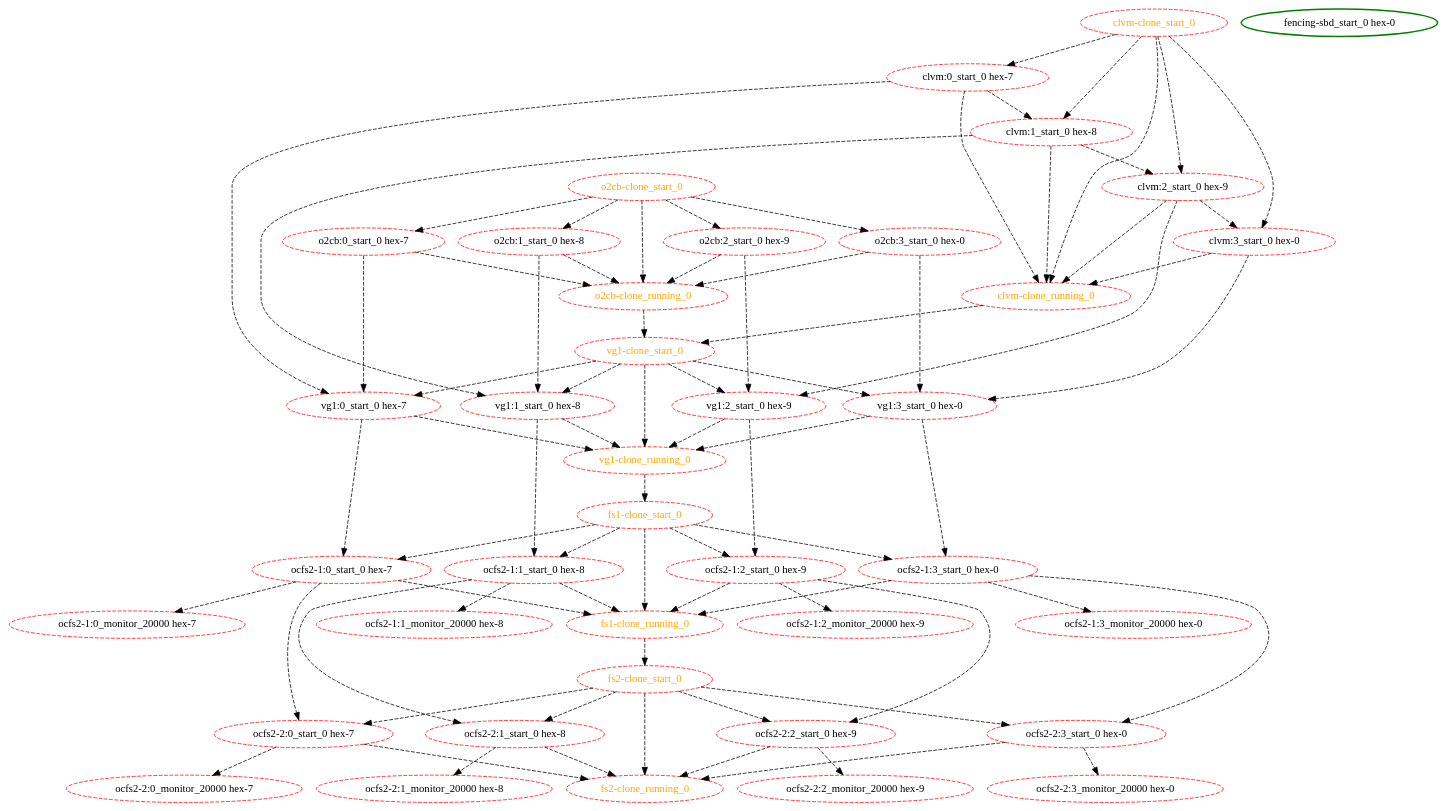
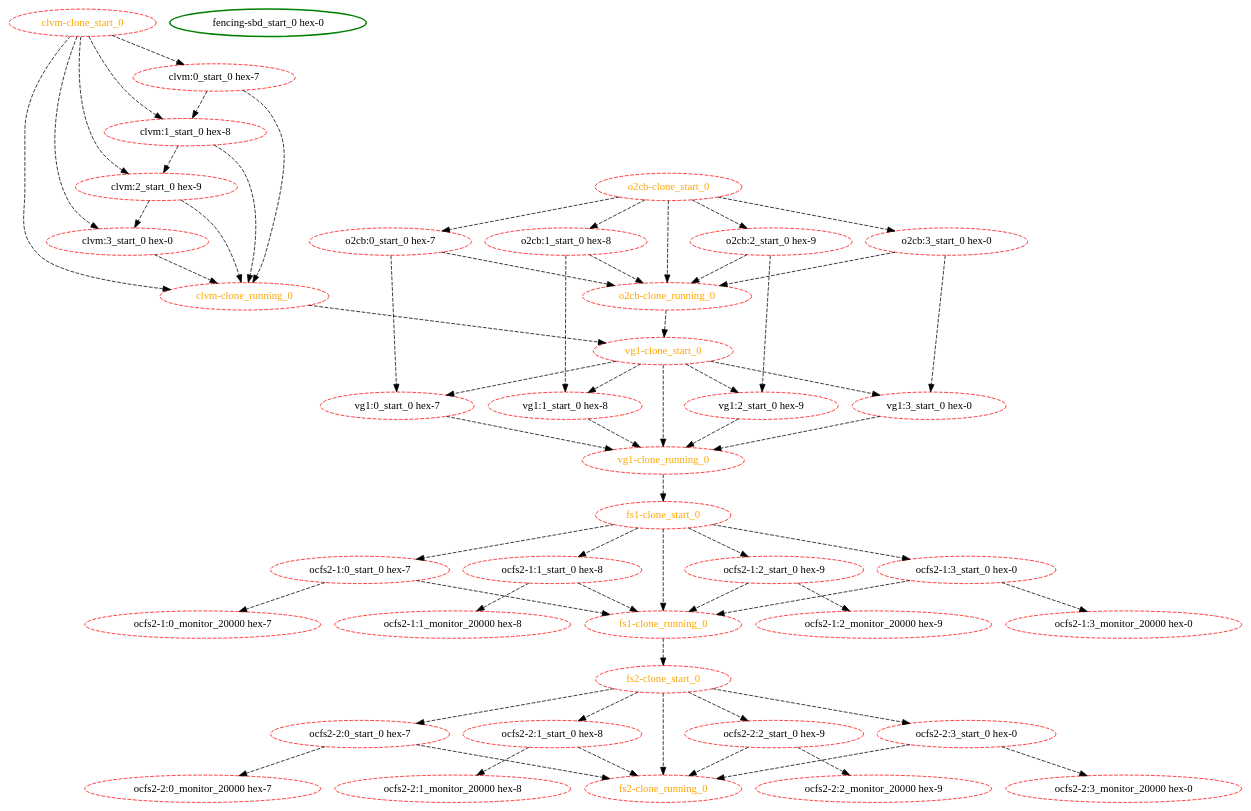
One commit to ClusterLabs/pacemaker changed the diagram in pengine/test10/order-clone.dot. Above: the diagram before and after it, drawn with Graphviz. The commit also changed 10 other files, not shown here.

```diff
--- a/pengine/test10/order-clone.dot
+++ b/pengine/test10/order-clone.dot
@@ -1,117 +1,105 @@
 digraph "g" {
 "clvm-clone_running_0" -> "vg1-clone_start_0" [ style = dashed]
 "clvm-clone_running_0" [ style=dashed color="red" fontcolor="orange" ]
 "clvm-clone_start_0" -> "clvm-clone_running_0" [ style = dashed]
 "clvm-clone_start_0" -> "clvm:0_start_0 hex-7" [ style = dashed]
 "clvm-clone_start_0" -> "clvm:1_start_0 hex-8" [ style = dashed]
 "clvm-clone_start_0" -> "clvm:2_start_0 hex-9" [ style = dashed]
 "clvm-clone_start_0" -> "clvm:3_start_0 hex-0" [ style = dashed]
 "clvm-clone_start_0" [ style=dashed color="red" fontcolor="orange" ]
 "clvm:0_start_0 hex-7" -> "clvm-clone_running_0" [ style = dashed]
 "clvm:0_start_0 hex-7" -> "clvm:1_start_0 hex-8" [ style = dashed]
-"clvm:0_start_0 hex-7" -> "vg1:0_start_0 hex-7" [ style = dashed]
 "clvm:0_start_0 hex-7" [ style=dashed color="red" fontcolor="black" ]
 "clvm:1_start_0 hex-8" -> "clvm-clone_running_0" [ style = dashed]
 "clvm:1_start_0 hex-8" -> "clvm:2_start_0 hex-9" [ style = dashed]
-"clvm:1_start_0 hex-8" -> "vg1:1_start_0 hex-8" [ style = dashed]
 "clvm:1_start_0 hex-8" [ style=dashed color="red" fontcolor="black" ]
 "clvm:2_start_0 hex-9" -> "clvm-clone_running_0" [ style = dashed]
 "clvm:2_start_0 hex-9" -> "clvm:3_start_0 hex-0" [ style = dashed]
-"clvm:2_start_0 hex-9" -> "vg1:2_start_0 hex-9" [ style = dashed]
 "clvm:2_start_0 hex-9" [ style=dashed color="red" fontcolor="black" ]
 "clvm:3_start_0 hex-0" -> "clvm-clone_running_0" [ style = dashed]
-"clvm:3_start_0 hex-0" -> "vg1:3_start_0 hex-0" [ style = dashed]
 "clvm:3_start_0 hex-0" [ style=dashed color="red" fontcolor="black" ]
 "fencing-sbd_start_0 hex-0" [ style=bold color="green" fontcolor="black" ]
 "fs1-clone_running_0" -> "fs2-clone_start_0" [ style = dashed]
 "fs1-clone_running_0" [ style=dashed color="red" fontcolor="orange" ]
 "fs1-clone_start_0" -> "fs1-clone_running_0" [ style = dashed]
 "fs1-clone_start_0" -> "ocfs2-1:0_start_0 hex-7" [ style = dashed]
 "fs1-clone_start_0" -> "ocfs2-1:1_start_0 hex-8" [ style = dashed]
 "fs1-clone_start_0" -> "ocfs2-1:2_start_0 hex-9" [ style = dashed]
 "fs1-clone_start_0" -> "ocfs2-1:3_start_0 hex-0" [ style = dashed]
 "fs1-clone_start_0" [ style=dashed color="red" fontcolor="orange" ]
 "fs2-clone_running_0" [ style=dashed color="red" fontcolor="orange" ]
 "fs2-clone_start_0" -> "fs2-clone_running_0" [ style = dashed]
 "fs2-clone_start_0" -> "ocfs2-2:0_start_0 hex-7" [ style = dashed]
 "fs2-clone_start_0" -> "ocfs2-2:1_start_0 hex-8" [ style = dashed]
 "fs2-clone_start_0" -> "ocfs2-2:2_start_0 hex-9" [ style = dashed]
 "fs2-clone_start_0" -> "ocfs2-2:3_start_0 hex-0" [ style = dashed]
 "fs2-clone_start_0" [ style=dashed color="red" fontcolor="orange" ]
 "o2cb-clone_running_0" -> "vg1-clone_start_0" [ style = dashed]
 "o2cb-clone_running_0" [ style=dashed color="red" fontcolor="orange" ]
 "o2cb-clone_start_0" -> "o2cb-clone_running_0" [ style = dashed]
 "o2cb-clone_start_0" -> "o2cb:0_start_0 hex-7" [ style = dashed]
 "o2cb-clone_start_0" -> "o2cb:1_start_0 hex-8" [ style = dashed]
 "o2cb-clone_start_0" -> "o2cb:2_start_0 hex-9" [ style = dashed]
 "o2cb-clone_start_0" -> "o2cb:3_start_0 hex-0" [ style = dashed]
 "o2cb-clone_start_0" [ style=dashed color="red" fontcolor="orange" ]
 "o2cb:0_start_0 hex-7" -> "o2cb-clone_running_0" [ style = dashed]
 "o2cb:0_start_0 hex-7" -> "vg1:0_start_0 hex-7" [ style = dashed]
 "o2cb:0_start_0 hex-7" [ style=dashed color="red" fontcolor="black" ]
 "o2cb:1_start_0 hex-8" -> "o2cb-clone_running_0" [ style = dashed]
 "o2cb:1_start_0 hex-8" -> "vg1:1_start_0 hex-8" [ style = dashed]
 "o2cb:1_start_0 hex-8" [ style=dashed color="red" fontcolor="black" ]
 "o2cb:2_start_0 hex-9" -> "o2cb-clone_running_0" [ style = dashed]
 "o2cb:2_start_0 hex-9" -> "vg1:2_start_0 hex-9" [ style = dashed]
 "o2cb:2_start_0 hex-9" [ style=dashed color="red" fontcolor="black" ]
 "o2cb:3_start_0 hex-0" -> "o2cb-clone_running_0" [ style = dashed]
 "o2cb:3_start_0 hex-0" -> "vg1:3_start_0 hex-0" [ style = dashed]
 "o2cb:3_start_0 hex-0" [ style=dashed color="red" fontcolor="black" ]
 "ocfs2-1:0_monitor_20000 hex-7" [ style=dashed color="red" fontcolor="black" ]
 "ocfs2-1:0_start_0 hex-7" -> "fs1-clone_running_0" [ style = dashed]
 "ocfs2-1:0_start_0 hex-7" -> "ocfs2-1:0_monitor_20000 hex-7" [ style = dashed]
-"ocfs2-1:0_start_0 hex-7" -> "ocfs2-2:0_start_0 hex-7" [ style = dashed]
 "ocfs2-1:0_start_0 hex-7" [ style=dashed color="red" fontcolor="black" ]
 "ocfs2-1:1_monitor_20000 hex-8" [ style=dashed color="red" fontcolor="black" ]
 "ocfs2-1:1_start_0 hex-8" -> "fs1-clone_running_0" [ style = dashed]
 "ocfs2-1:1_start_0 hex-8" -> "ocfs2-1:1_monitor_20000 hex-8" [ style = dashed]
-"ocfs2-1:1_start_0 hex-8" -> "ocfs2-2:1_start_0 hex-8" [ style = dashed]
 "ocfs2-1:1_start_0 hex-8" [ style=dashed color="red" fontcolor="black" ]
 "ocfs2-1:2_monitor_20000 hex-9" [ style=dashed color="red" fontcolor="black" ]
 "ocfs2-1:2_start_0 hex-9" -> "fs1-clone_running_0" [ style = dashed]
 "ocfs2-1:2_start_0 hex-9" -> "ocfs2-1:2_monitor_20000 hex-9" [ style = dashed]
-"ocfs2-1:2_start_0 hex-9" -> "ocfs2-2:2_start_0 hex-9" [ style = dashed]
 "ocfs2-1:2_start_0 hex-9" [ style=dashed color="red" fontcolor="black" ]
 "ocfs2-1:3_monitor_20000 hex-0" [ style=dashed color="red" fontcolor="black" ]
 "ocfs2-1:3_start_0 hex-0" -> "fs1-clone_running_0" [ style = dashed]
 "ocfs2-1:3_start_0 hex-0" -> "ocfs2-1:3_monitor_20000 hex-0" [ style = dashed]
-"ocfs2-1:3_start_0 hex-0" -> "ocfs2-2:3_start_0 hex-0" [ style = dashed]
 "ocfs2-1:3_start_0 hex-0" [ style=dashed color="red" fontcolor="black" ]
 "ocfs2-2:0_monitor_20000 hex-7" [ style=dashed color="red" fontcolor="black" ]
 "ocfs2-2:0_start_0 hex-7" -> "fs2-clone_running_0" [ style = dashed]
 "ocfs2-2:0_start_0 hex-7" -> "ocfs2-2:0_monitor_20000 hex-7" [ style = dashed]
 "ocfs2-2:0_start_0 hex-7" [ style=dashed color="red" fontcolor="black" ]
 "ocfs2-2:1_monitor_20000 hex-8" [ style=dashed color="red" fontcolor="black" ]
 "ocfs2-2:1_start_0 hex-8" -> "fs2-clone_running_0" [ style = dashed]
 "ocfs2-2:1_start_0 hex-8" -> "ocfs2-2:1_monitor_20000 hex-8" [ style = dashed]
 "ocfs2-2:1_start_0 hex-8" [ style=dashed color="red" fontcolor="black" ]
 "ocfs2-2:2_monitor_20000 hex-9" [ style=dashed color="red" fontcolor="black" ]
 "ocfs2-2:2_start_0 hex-9" -> "fs2-clone_running_0" [ style = dashed]
 "ocfs2-2:2_start_0 hex-9" -> "ocfs2-2:2_monitor_20000 hex-9" [ style = dashed]
 "ocfs2-2:2_start_0 hex-9" [ style=dashed color="red" fontcolor="black" ]
 "ocfs2-2:3_monitor_20000 hex-0" [ style=dashed color="red" fontcolor="black" ]
 "ocfs2-2:3_start_0 hex-0" -> "fs2-clone_running_0" [ style = dashed]
 "ocfs2-2:3_start_0 hex-0" -> "ocfs2-2:3_monitor_20000 hex-0" [ style = dashed]
 "ocfs2-2:3_start_0 hex-0" [ style=dashed color="red" fontcolor="black" ]
 "vg1-clone_running_0" -> "fs1-clone_start_0" [ style = dashed]
 "vg1-clone_running_0" [ style=dashed color="red" fontcolor="orange" ]
 "vg1-clone_start_0" -> "vg1-clone_running_0" [ style = dashed]
 "vg1-clone_start_0" -> "vg1:0_start_0 hex-7" [ style = dashed]
 "vg1-clone_start_0" -> "vg1:1_start_0 hex-8" [ style = dashed]
 "vg1-clone_start_0" -> "vg1:2_start_0 hex-9" [ style = dashed]
 "vg1-clone_start_0" -> "vg1:3_start_0 hex-0" [ style = dashed]
 "vg1-clone_start_0" [ style=dashed color="red" fontcolor="orange" ]
-"vg1:0_start_0 hex-7" -> "ocfs2-1:0_start_0 hex-7" [ style = dashed]
 "vg1:0_start_0 hex-7" -> "vg1-clone_running_0" [ style = dashed]
 "vg1:0_start_0 hex-7" [ style=dashed color="red" fontcolor="black" ]
-"vg1:1_start_0 hex-8" -> "ocfs2-1:1_start_0 hex-8" [ style = dashed]
 "vg1:1_start_0 hex-8" -> "vg1-clone_running_0" [ style = dashed]
 "vg1:1_start_0 hex-8" [ style=dashed color="red" fontcolor="black" ]
-"vg1:2_start_0 hex-9" -> "ocfs2-1:2_start_0 hex-9" [ style = dashed]
 "vg1:2_start_0 hex-9" -> "vg1-clone_running_0" [ style = dashed]
 "vg1:2_start_0 hex-9" [ style=dashed color="red" fontcolor="black" ]
-"vg1:3_start_0 hex-0" -> "ocfs2-1:3_start_0 hex-0" [ style = dashed]
 "vg1:3_start_0 hex-0" -> "vg1-clone_running_0" [ style = dashed]
 "vg1:3_start_0 hex-0" [ style=dashed color="red" fontcolor="black" ]
 }
```
